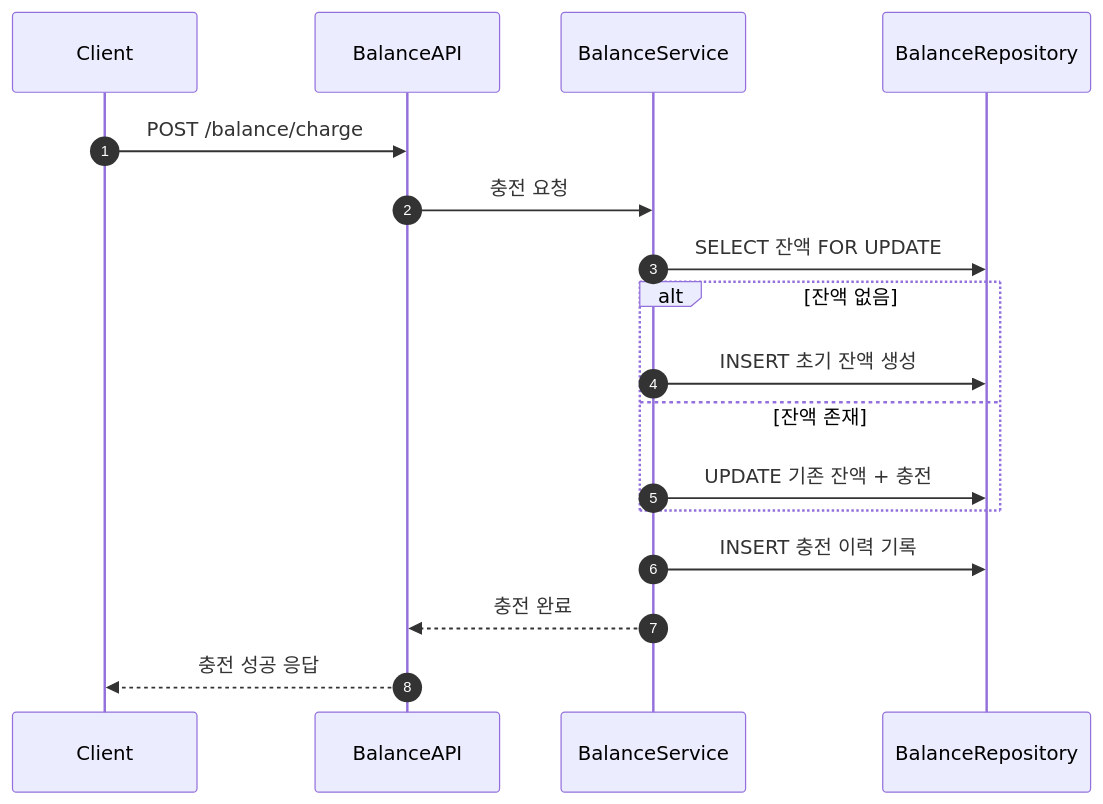
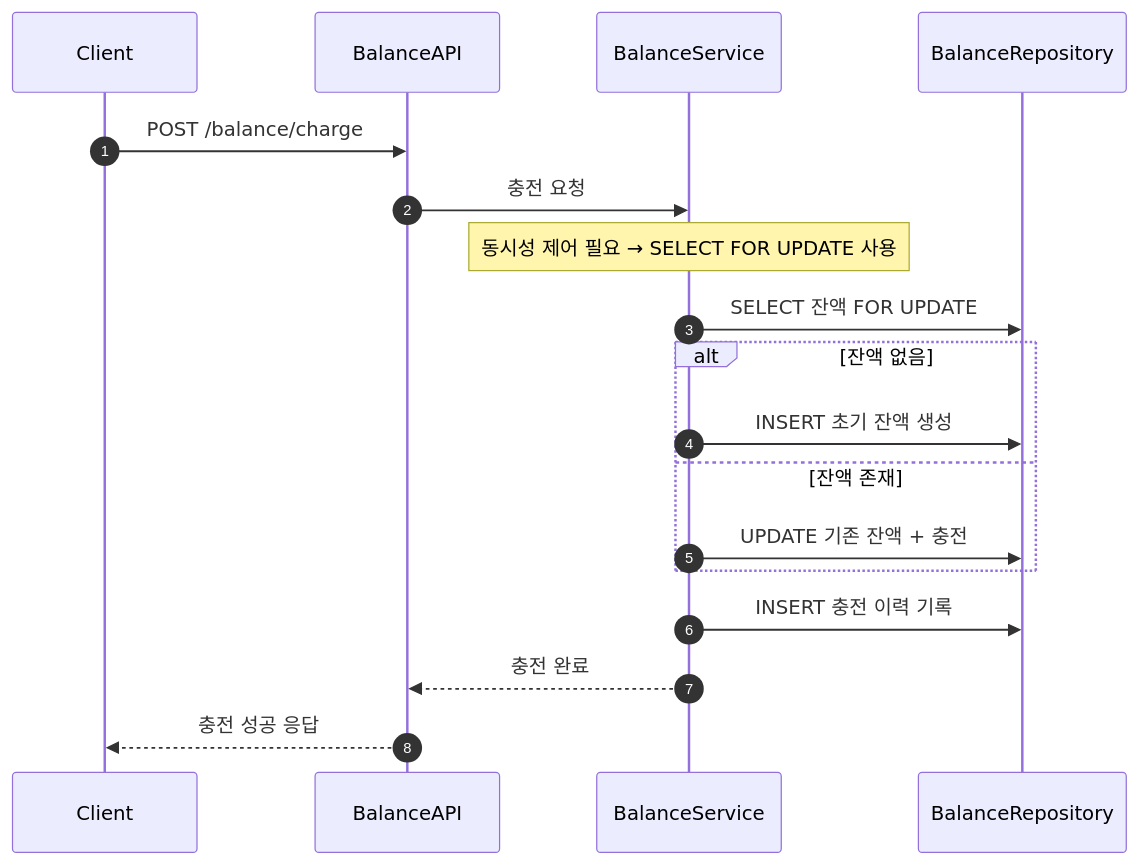
One commit to ehdgus0221/hhplus-ecommerce changed the third of 7 diagrams in docs/Sequence.md. Above: the diagram before and after it, drawn with Mermaid. The commit also changed other lines of this file, not shown here.

Commit message:
[DOCS] : 시퀀스 다이어그램 문서 수정 (동시성, 캐시 추가)

````diff
--- a/docs/Sequence.md
+++ b/docs/Sequence.md
@@ -36,16 +36,17 @@
 ```mermaid
 sequenceDiagram
     autonumber
     participant Client
     Client->>BalanceAPI: POST /balance/charge
     BalanceAPI->>BalanceService: 충전 요청
+    Note over BalanceService: 동시성 제어 필요 → SELECT FOR UPDATE 사용
     BalanceService->>BalanceRepository: SELECT 잔액 FOR UPDATE
     alt 잔액 없음
         BalanceService->>BalanceRepository: INSERT 초기 잔액 생성
     else 잔액 존재
         BalanceService->>BalanceRepository: UPDATE 기존 잔액 + 충전
     end
     BalanceService->>BalanceRepository: INSERT 충전 이력 기록
     BalanceService-->>BalanceAPI: 충전 완료
     BalanceAPI-->>Client: 충전 성공 응답
 ```
````
